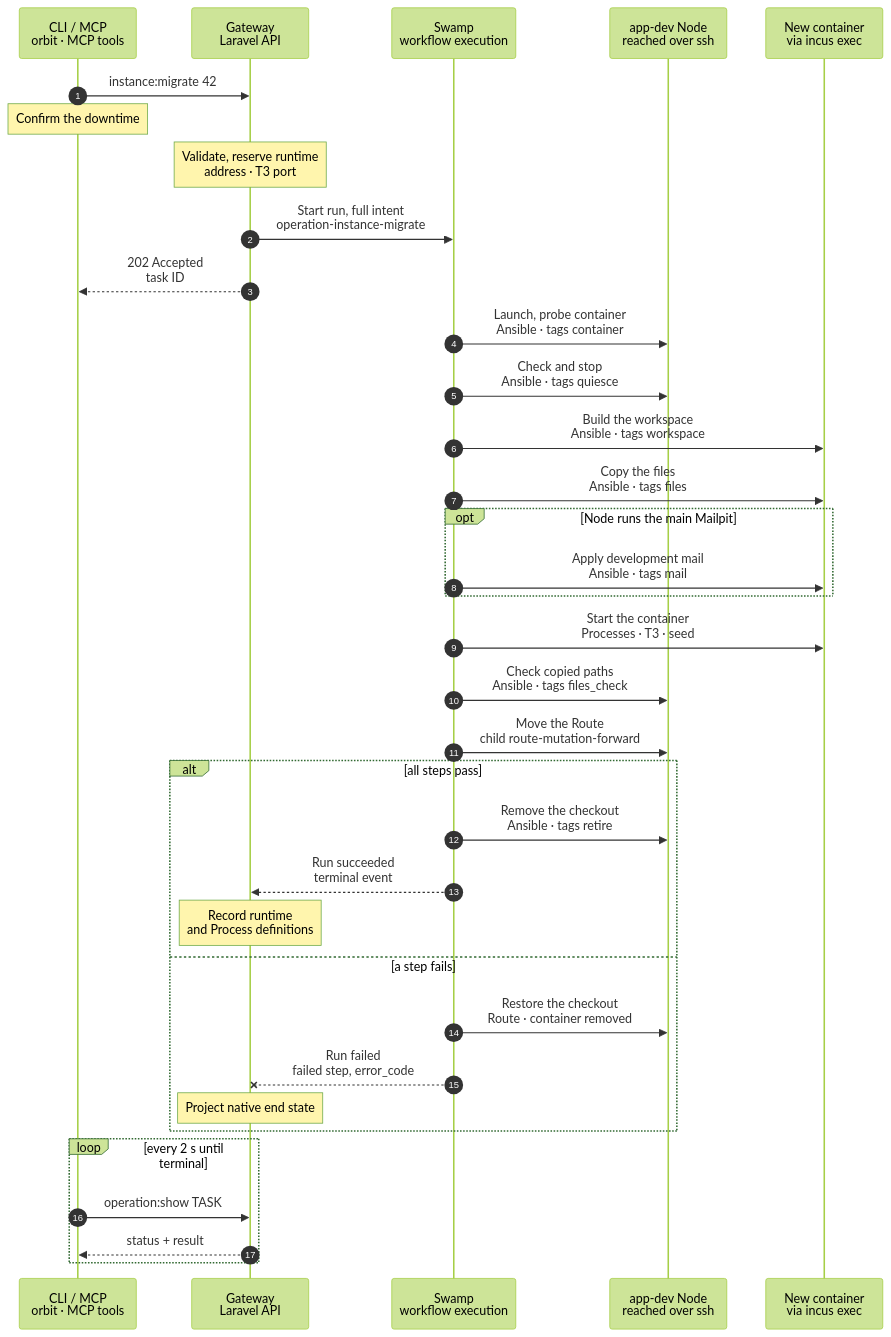
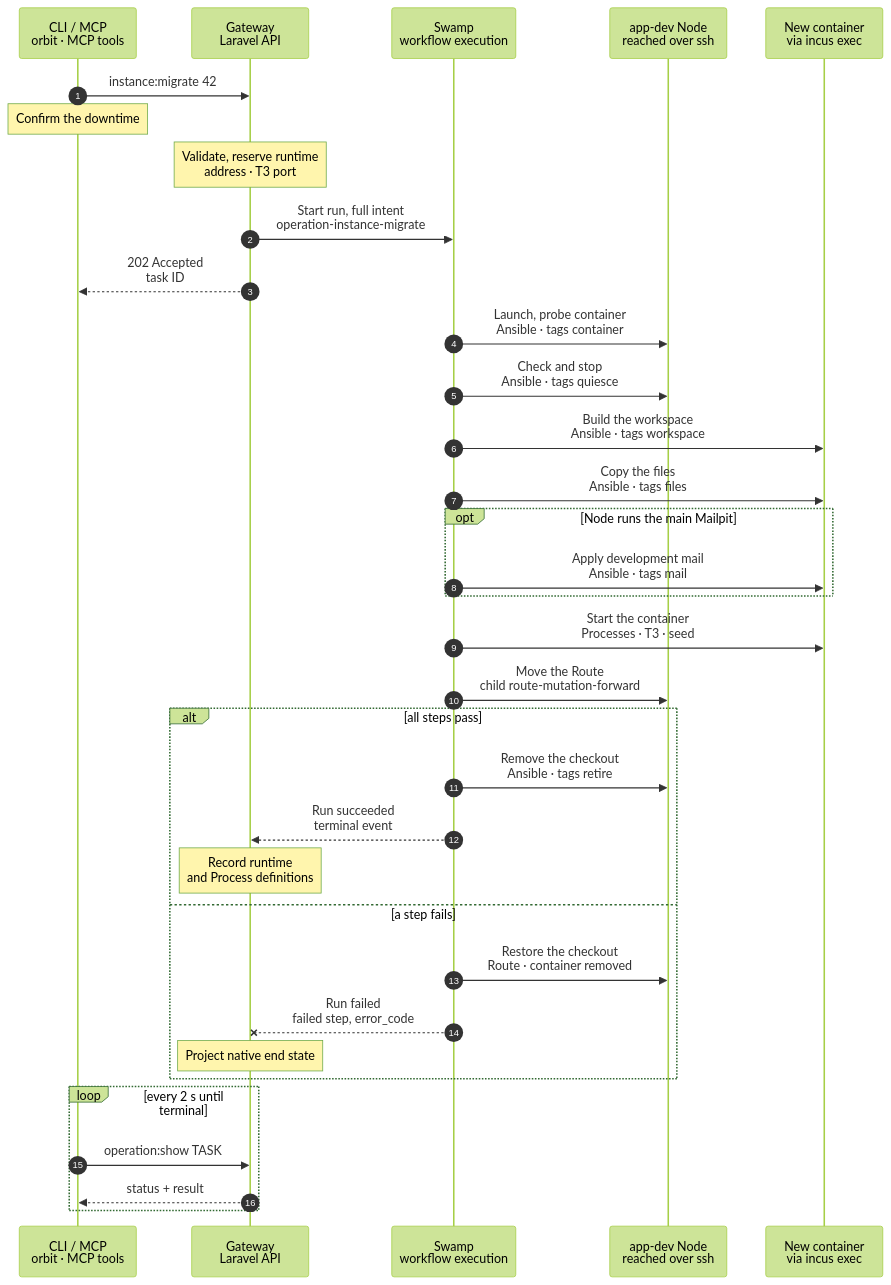
The diagram in docs/cli/instance/migrate.mmd (hardimpactdev/orbit), drawn with Mermaid (forest theme) before and after one commit. The commit also changed 12 other files, not shown here.

```diff
--- a/docs/cli/instance/migrate.mmd
+++ b/docs/cli/instance/migrate.mmd
@@ -88,11 +88,6 @@
   %%> - `vp-dev` uses the runtime folder’s `current/bin/vp`, workspace paths and its assigned port on `0.0.0.0`; only the Node can reach that port, and Caddy sends `/__orbit/vite` there
   %%> - a non-default Instance gets `/etc/orbit/instance`, the agent settings and its T3 server, registered as in create
   %%> - a default Instance gets its first `seed-<commit>` snapshot
-  SW->>N: Check copied paths<br/>Ansible · tags files_check
-  %%> What it does:
-  %%> - compares current untracked paths, including leaves inside nested repositories, with the actual archive manifest before Route cut-over
-  %%> - new paths refuse with `instance.migrate_retirement_blocked`, naming at most 20 paths and their total count; the checkout is restored
-  %%> - repeats retirement guards; the final retirement check repeats the manifest comparison so a later arrival cannot silently succeed
   SW->>N: Move the Route<br/>child route-mutation-forward
   %%> What it does:
   %%> - points the Instance's Route at FrankenPHP in the container, and withdraws the checkout's PHP-FPM pool
```
